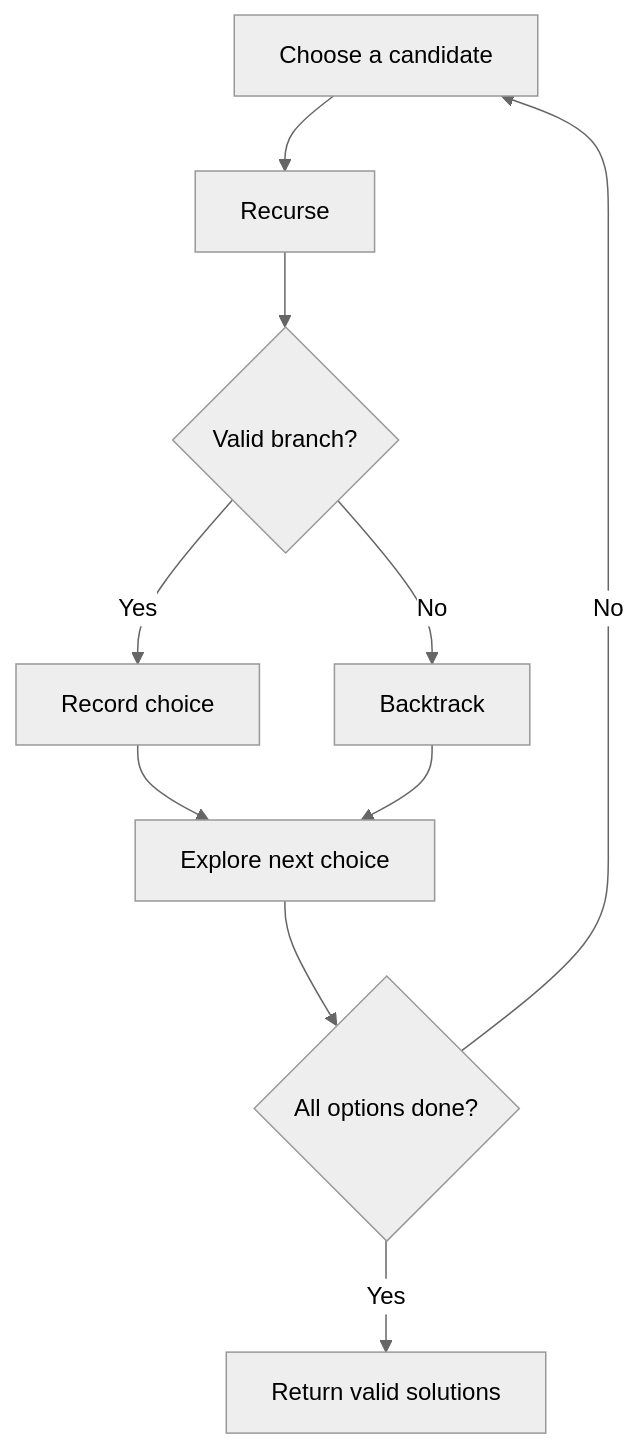
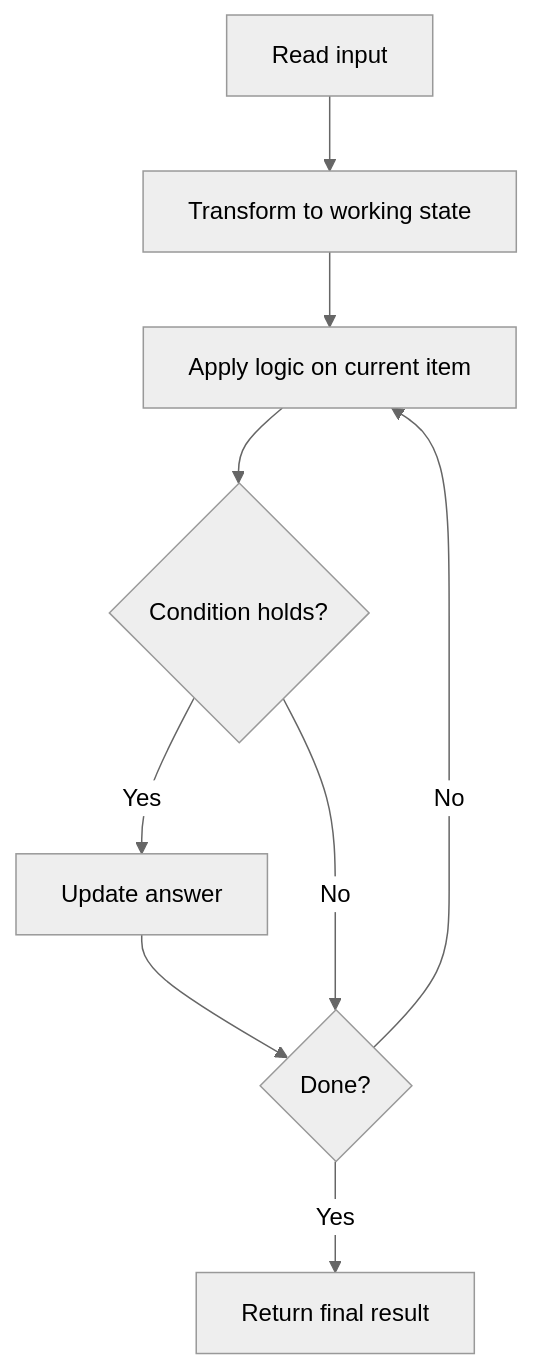
One commit to keshav-poojary/Leetcode changed the diagram in NeetCode-Submissions/09-backtracking/05-generate-parenthesis/readme.md. Above: the diagram before and after it, drawn with Mermaid (neutral theme). The commit also changed 105 other files, not shown here.

Commit message:
Add NeetCode README docs with mermaid diagrams

````diff
--- a/NeetCode-Submissions/09-backtracking/05-generate-parenthesis/readme.md
+++ b/NeetCode-Submissions/09-backtracking/05-generate-parenthesis/readme.md
@@ -28,12 +28,8 @@
 ```mermaid
 flowchart TD
-    A[Choose a candidate] --> B[Recurse]
-    B --> C{Valid branch?}
-    C -- Yes --> D[Record choice]
-    C -- No --> E[Backtrack]
-    D --> F[Explore next choice]
-    E --> F
-    F --> G{All options done?}
-    G -- No --> A
-    G -- Yes --> H[Return valid solutions]
+    A[Read input] --> B[Transform to working state] --> C[Apply logic on current item] --> D{Condition holds?}
+    D -- Yes --> E[Update answer] --> F{Done?}
+    D -- No --> F
+    F -- No --> C
+    F -- Yes --> G[Return final result]
 ```
````
